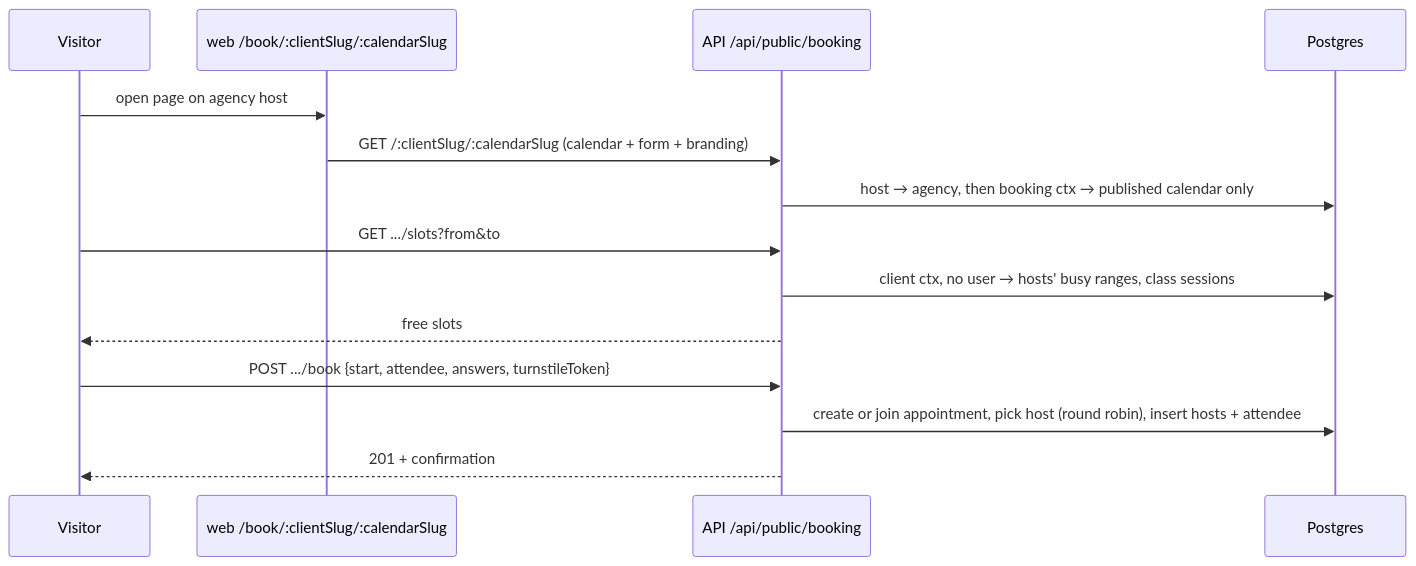
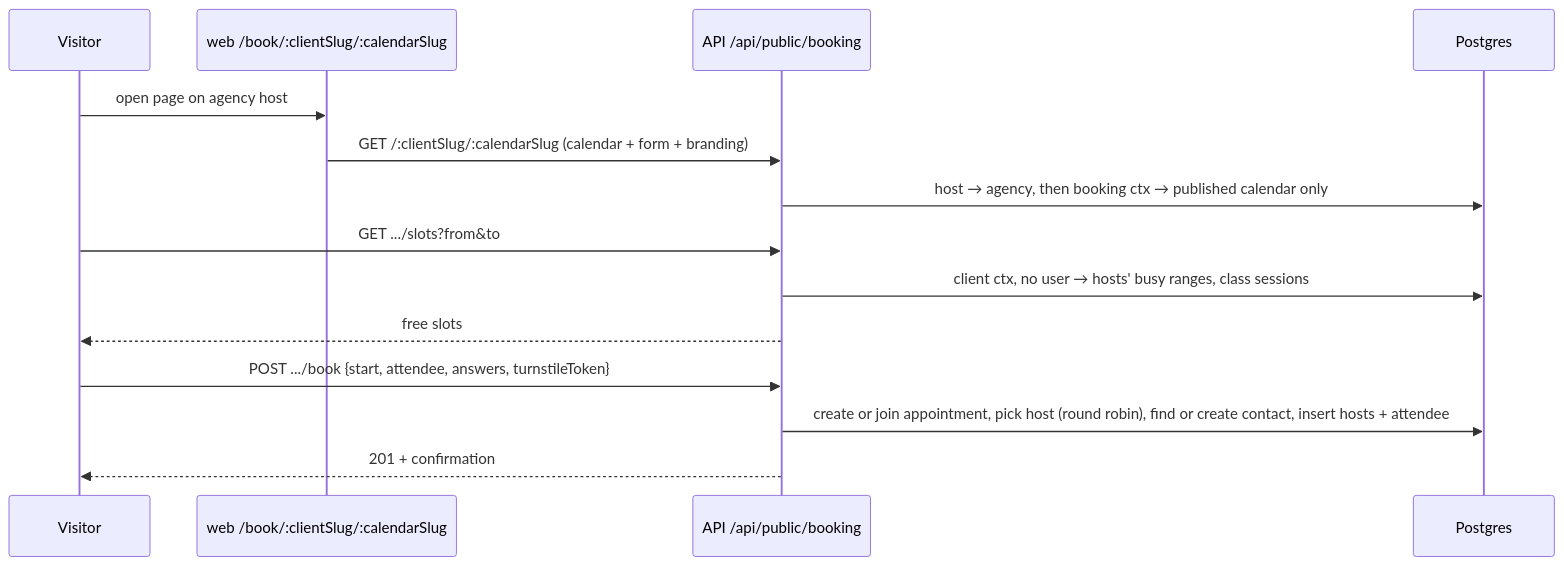
Before and after one commit to prakashn27/ownlevel-app: the third of 3 diagrams in docs/Technical/5_1_Calendar.md, drawn with Mermaid. The commit also changed other lines of this file and 62 other files, not shown here.

````diff
--- a/docs/Technical/5_1_Calendar.md
+++ b/docs/Technical/5_1_Calendar.md
@@ -270,16 +331,16 @@
 ```mermaid
 sequenceDiagram
   participant V as Visitor
   participant W as web /book/:clientSlug/:calendarSlug
   participant A as API /api/public/booking
   participant DB as Postgres
   V->>W: open page on agency host
   W->>A: GET /:clientSlug/:calendarSlug (calendar + form + branding)
   A->>DB: host → agency, then booking ctx → published calendar only
   V->>A: GET .../slots?from&to
   A->>DB: client ctx, no user → hosts' busy ranges, class sessions
   A-->>V: free slots
   V->>A: POST .../book {start, attendee, answers, turnstileToken}
-  A->>DB: create or join appointment, pick host (round robin), insert hosts + attendee
+  A->>DB: create or join appointment, pick host (round robin), find or create contact, insert hosts + attendee
   A-->>V: 201 + confirmation
 ```
````
